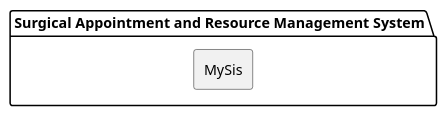
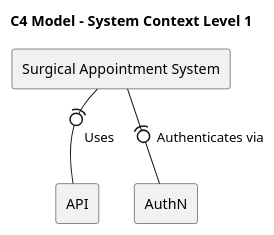
The diagram in docs/global-artifacts/C4model/level1.puml (Departamento-de-Engenharia-Informatica/lapr5-24-25-g065), drawn with PlantUML before and after one commit.

Commit message:
c4 model lvl1

```diff
--- a/docs/global-artifacts/C4model/level1.puml
+++ b/docs/global-artifacts/C4model/level1.puml
@@ -1,6 +1,15 @@
 @startuml
 
-package "Surgical Appointment and Resource Management System" {
-   rectangle "MySis" as Admin
+title C4 Model - System Context Level 1
+
+Rectangle "Surgical Appointment System" as System
+
+
+Rectangle "API" as API
+Rectangle "AuthN" as AuthN
+
+
+System -(0- API : Uses
+System -(0- AuthN : Authenticates via
 
 @enduml
```
